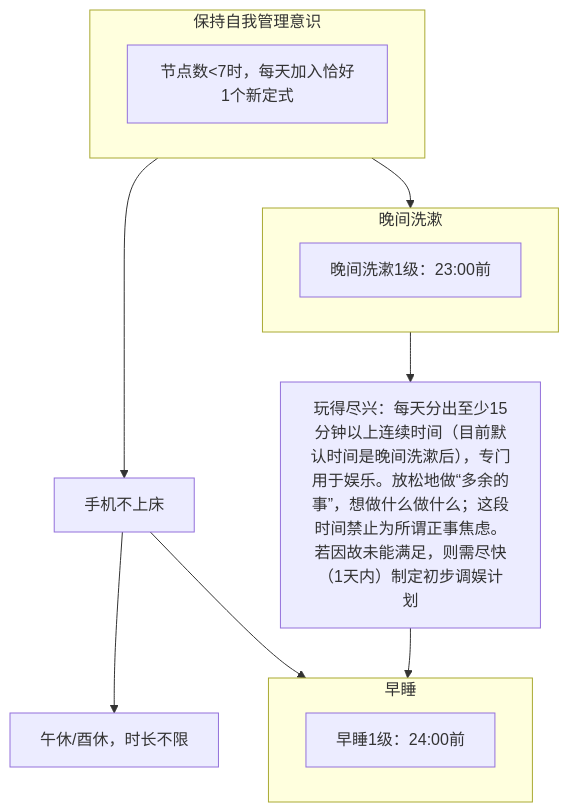
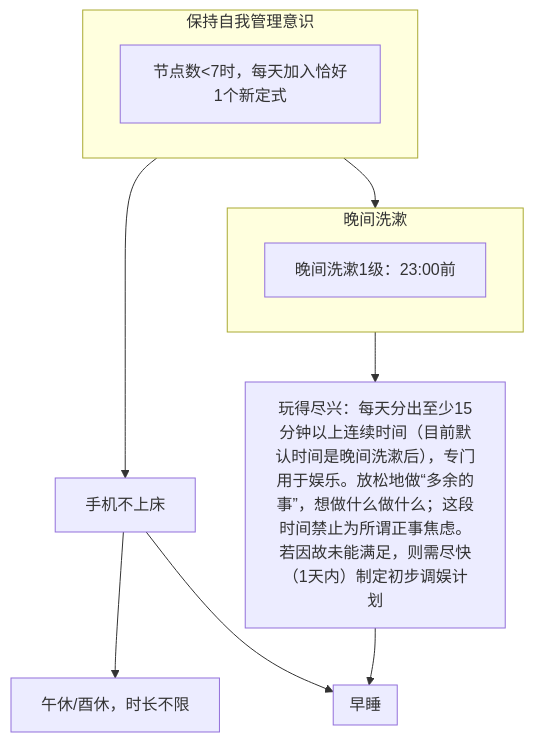
One commit to Ethkuil/RSIP-tree changed the diagram in README.md. Above: the diagram before and after it, drawn with Mermaid.

Commit message:
remove #a: 早睡1级：24:00前

````diff
--- a/README.md
+++ b/README.md
@@ -7,22 +7,22 @@
 ```mermaid
 graph TD
 
 subgraph 5[保持自我管理意识]
 0[节点数<7时，每天加入恰好1个新定式]
 end
 
 5 --> 1[手机不上床]
 1 --> 2[午休/酉休，时长不限]
 
 5 --> 6
 subgraph 6[晚间洗漱]
 7[晚间洗漱1级：23:00前]
 end
 6 --> 8[玩得尽兴：每天分出至少15分钟以上连续时间（目前默认时间是晚间洗漱后），专门用于娱乐。放松地做“多余的事”，想做什么做什么；这段时间禁止为所谓正事焦虑。若因故未能满足，则需尽快（1天内）制定初步调娱计划]
 
 1 --> 9
 8 --> 9
 subgraph 9[早睡]
-a[早睡1级：24:00前]
+
 end
 ```
````
